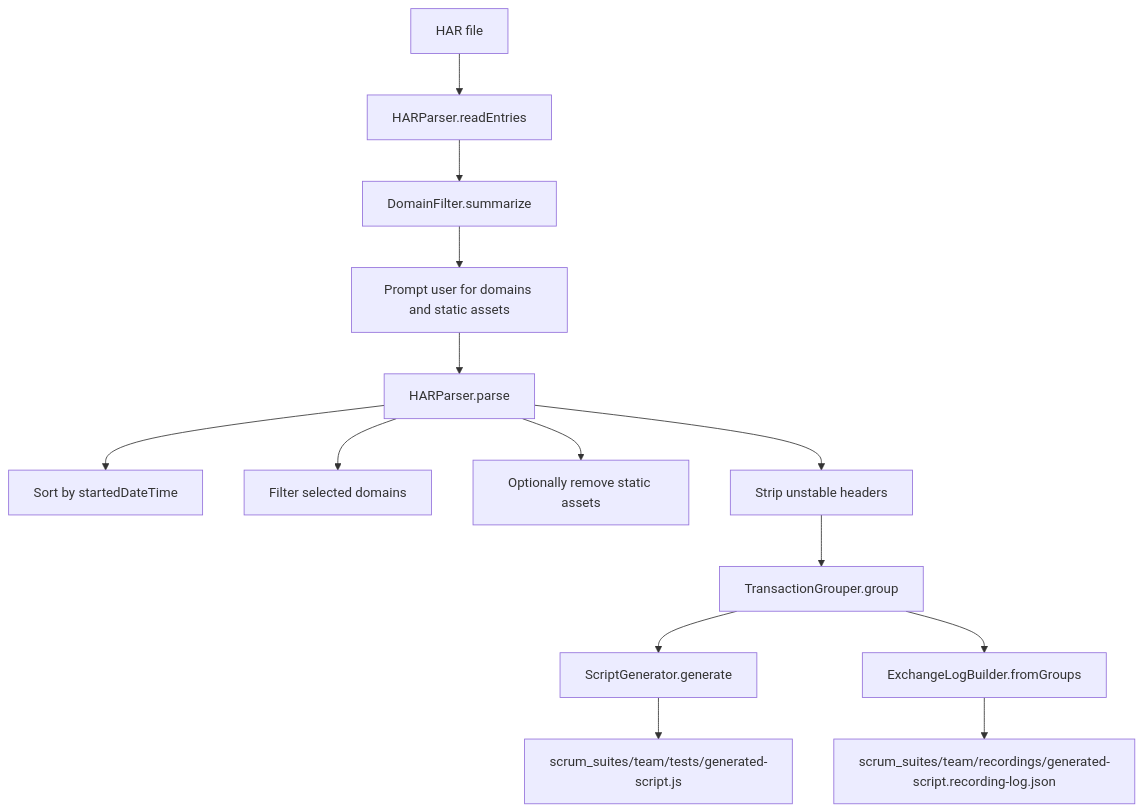
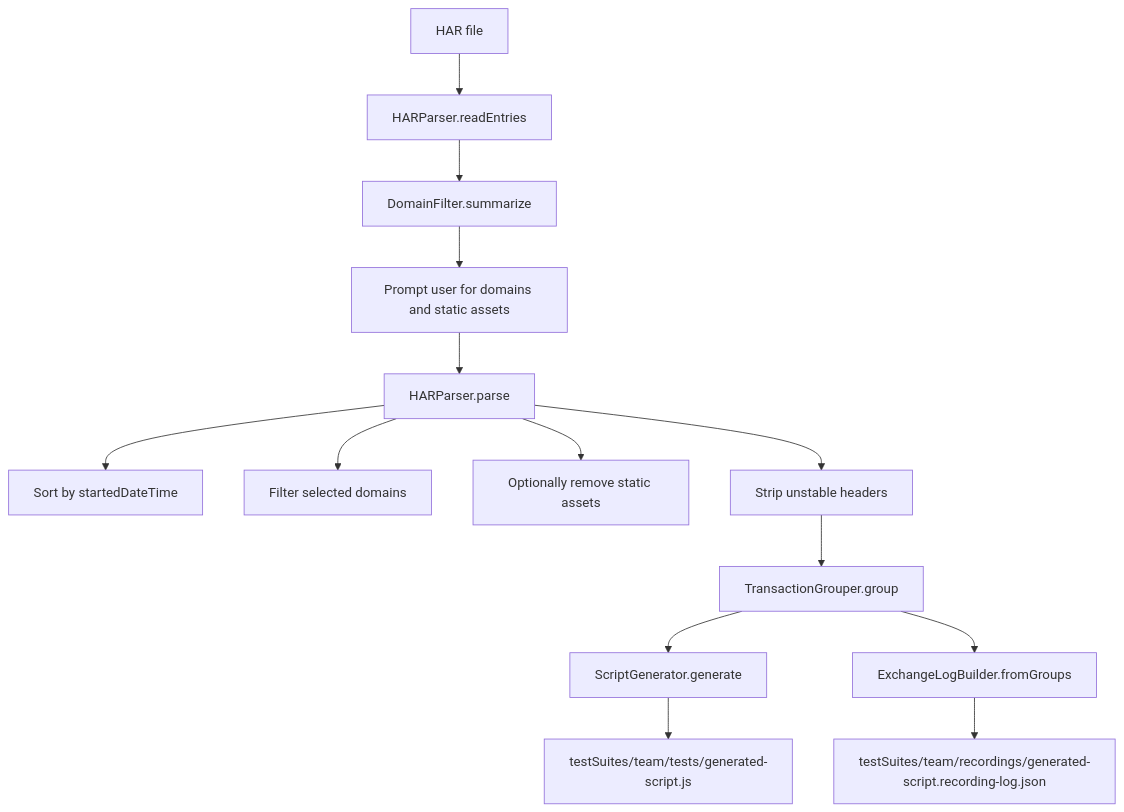
The third of 10 diagrams in Current-Framework-Flow.md (Mechavenger-adi/PerfFramework_k6), drawn with Mermaid before and after one commit. The commit also changed other lines of this file and 119 other files, not shown here.

Commit message:
updated scrum_suites with testSuites

````diff
--- a/Current-Framework-Flow.md
+++ b/Current-Framework-Flow.md
@@ -86,19 +86,19 @@
 ```mermaid
 flowchart TD
     HAR[HAR file] --> READ[HARParser.readEntries]
     READ --> SUM[DomainFilter.summarize]
     SUM --> PROMPTS[Prompt user for domains and static assets]
     PROMPTS --> PARSE[HARParser.parse]
 
     PARSE --> SORT[Sort by startedDateTime]
     PARSE --> DOM_FILTER[Filter selected domains]
     PARSE --> STATIC_FILTER[Optionally remove static assets]
     PARSE --> STRIP[Strip unstable headers]
 
     STRIP --> GROUP[TransactionGrouper.group]
     GROUP --> GEN_SCRIPT[ScriptGenerator.generate]
     GROUP --> GEN_REC_LOG[ExchangeLogBuilder.fromGroups]
 
-    GEN_SCRIPT --> SCRIPT_FILE[scrum_suites/team/tests/generated-script.js]
-    GEN_REC_LOG --> REC_FILE[scrum_suites/team/recordings/generated-script.recording-log.json]
+    GEN_SCRIPT --> SCRIPT_FILE[testSuites/team/tests/generated-script.js]
+    GEN_REC_LOG --> REC_FILE[testSuites/team/recordings/generated-script.recording-log.json]
 ```
````
